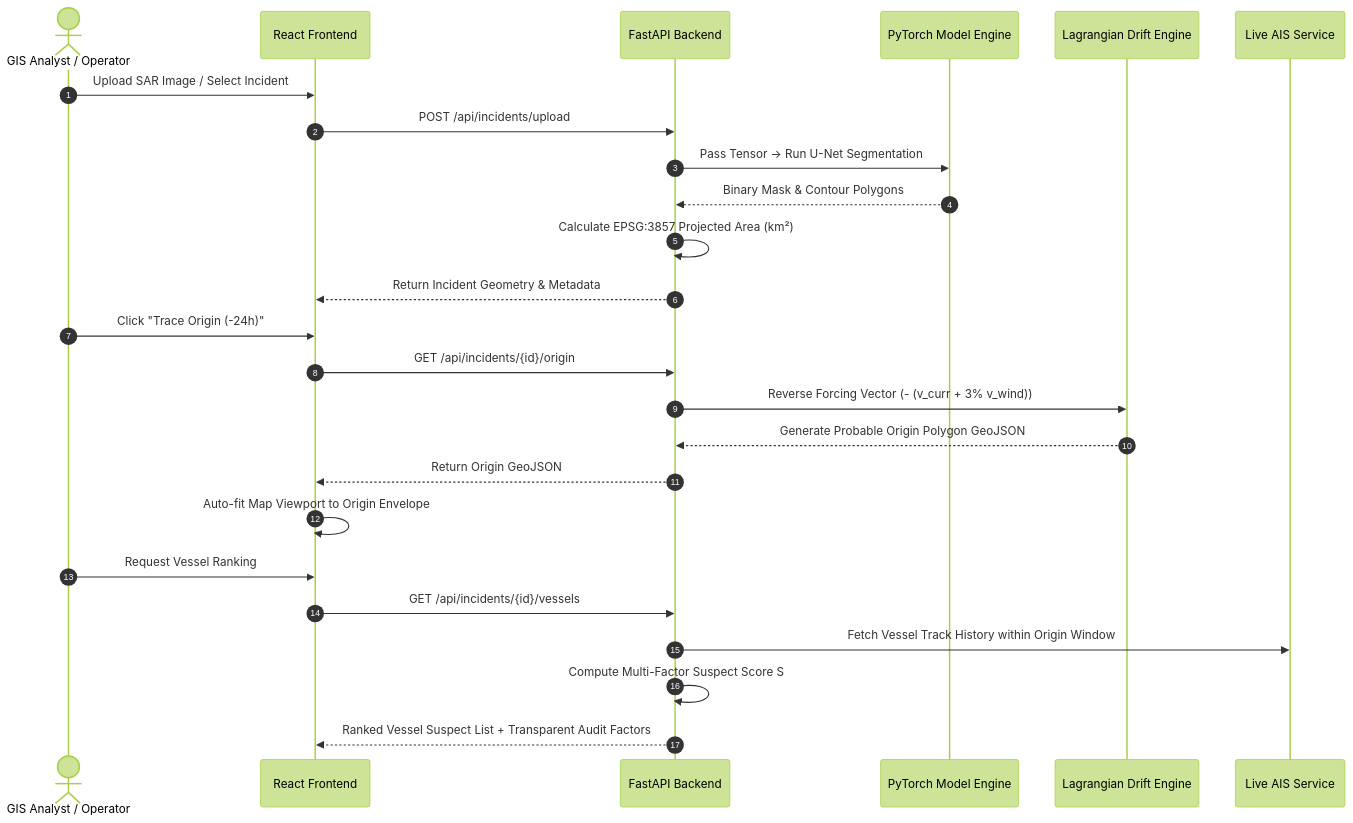
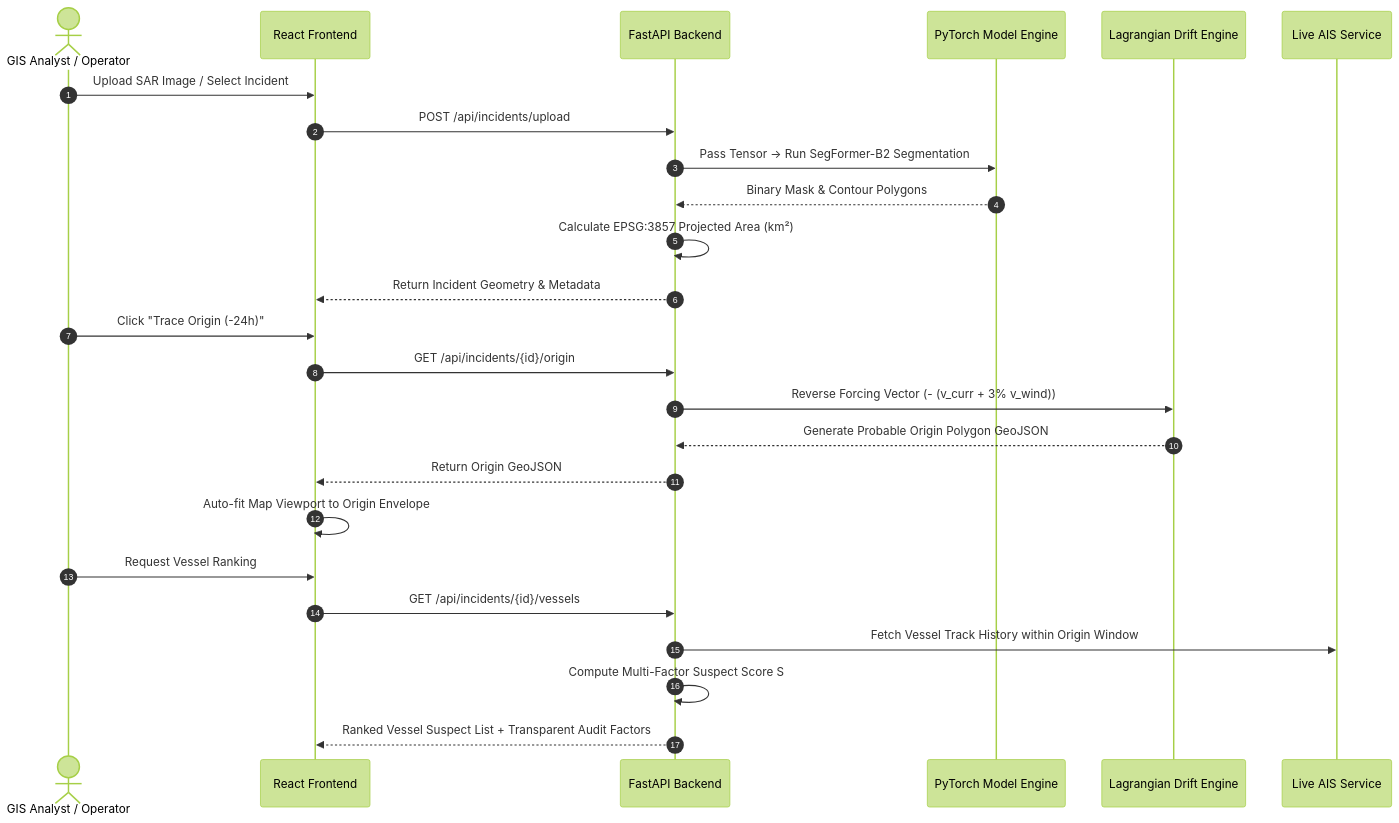
Before and after one commit to basic30/Garuda: the second of 4 diagrams in README.md, drawn with Mermaid (forest theme). The commit also changed other lines of this file and 2 other files, not shown here.

````diff
--- a/README.md
+++ b/README.md
@@ -90,30 +90,30 @@
 ```mermaid
 sequenceDiagram
     autonumber
     actor Operator as GIS Analyst / Operator
     participant FE as React Frontend
     participant BE as FastAPI Backend
     participant ML as PyTorch Model Engine
     participant Physics as Lagrangian Drift Engine
     participant AIS as Live AIS Service
 
     Operator->>FE: Upload SAR Image / Select Incident
     FE->>BE: POST /api/incidents/upload
-    BE->>ML: Pass Tensor -> Run U-Net Segmentation
+    BE->>ML: Pass Tensor -> Run SegFormer-B2 Segmentation
     ML-->>BE: Binary Mask & Contour Polygons
     BE->>BE: Calculate EPSG:3857 Projected Area (km²)
     BE-->>FE: Return Incident Geometry & Metadata
 
     Operator->>FE: Click "Trace Origin (-24h)"
     FE->>BE: GET /api/incidents/{id}/origin
     BE->>Physics: Reverse Forcing Vector (- (v_curr + 3% v_wind))
     Physics-->>BE: Generate Probable Origin Polygon GeoJSON
     BE-->>FE: Return Origin GeoJSON
     FE->>FE: Auto-fit Map Viewport to Origin Envelope
 
     Operator->>FE: Request Vessel Ranking
     FE->>BE: GET /api/incidents/{id}/vessels
     BE->>AIS: Fetch Vessel Track History within Origin Window
     BE->>BE: Compute Multi-Factor Suspect Score S
     BE-->>FE: Ranked Vessel Suspect List + Transparent Audit Factors
 ```
````
